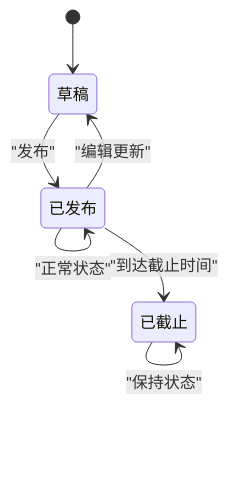
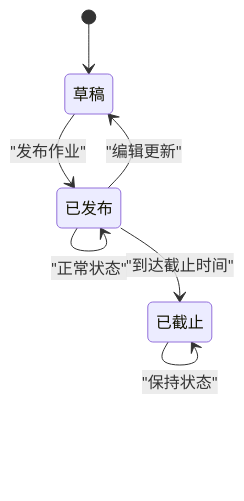
One commit to Jian9527/HelenEdu changed the fourth of 6 diagrams in .qoder/repowiki/zh/content/API接口文档/作业管理API.md. Above: the diagram before and after it, drawn with Mermaid. The commit also changed other lines of this file and 41 other files, not shown here.

````diff
--- a/.qoder/repowiki/zh/content/API接口文档/作业管理API.md
+++ b/.qoder/repowiki/zh/content/API接口文档/作业管理API.md
@@ -319,9 +336,9 @@
 ```mermaid
 stateDiagram-v2
 [*] --> 草稿
-草稿 --> 已发布 : "发布"
+草稿 --> 已发布 : "发布作业"
 已发布 --> 已截止 : "到达截止时间"
 已发布 --> 草稿 : "编辑更新"
 已发布 --> 已发布 : "正常状态"
 已截止 --> 已截止 : "保持状态"
 ```
````
